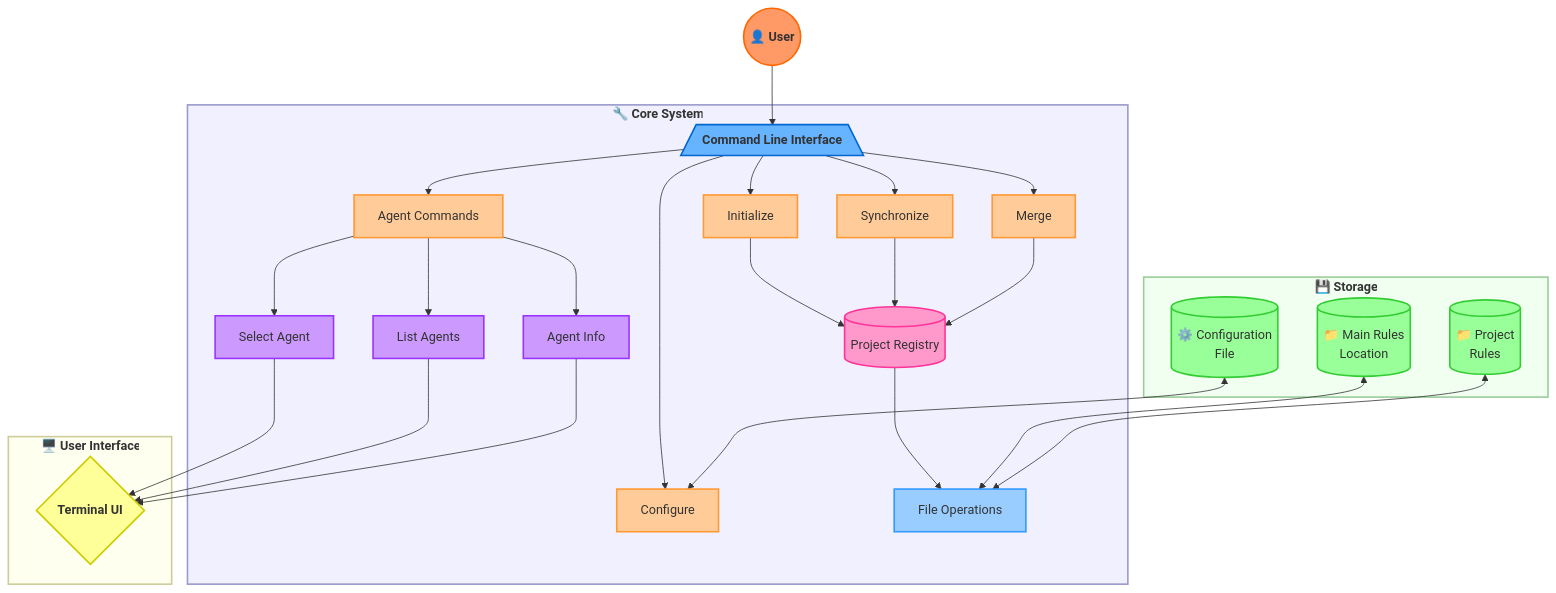
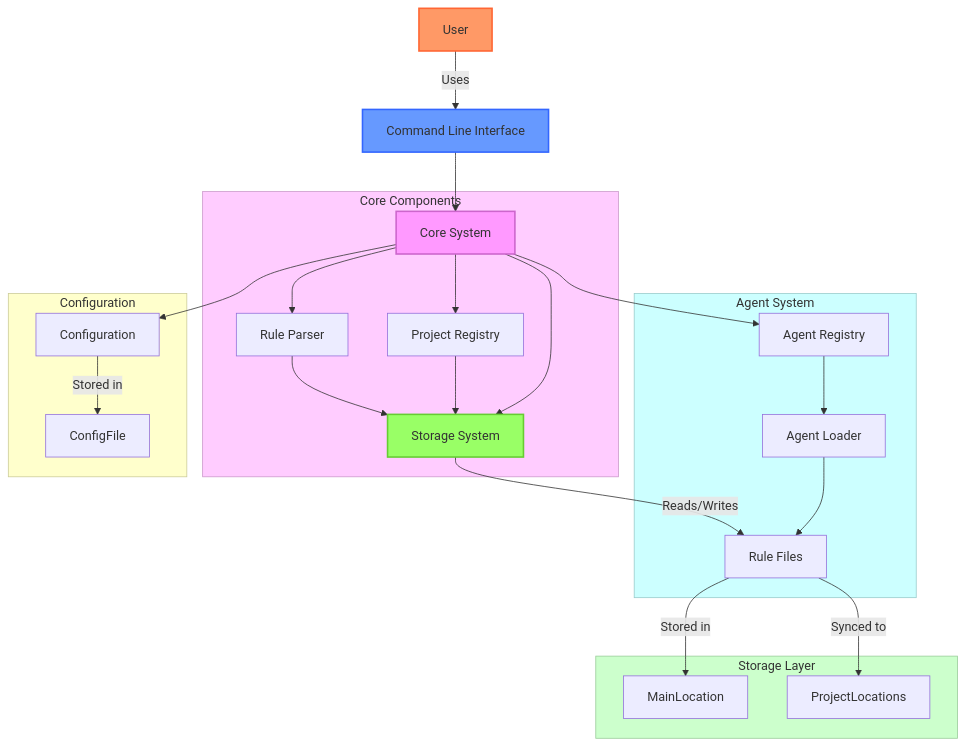
Before and after one commit to nsnarender5511/cpp-site: the first of 4 diagrams in crules-website/docs/developer-guide/architecture.md, drawn with Mermaid. The commit also changed other lines of this file and 37 other files, not shown here.

````diff
--- a/crules-website/docs/developer-guide/architecture.md
+++ b/crules-website/docs/developer-guide/architecture.md
@@ -28,49 +22,47 @@
 ```mermaid
 graph TD
-    User((👤 User)):::user --> CLI[/Command Line Interface\]:::cli
+    User[User] --> |Uses| CLI
+    CLI[Command Line Interface] --> Core
     
-    subgraph Core["🔧 Core System"]
-        CLI --> Init[Initialize]:::command
-        CLI --> Sync[Synchronize]:::command
-        CLI --> Merge[Merge]:::command
-        CLI --> Config[Configure]:::command
-        CLI --> AgentCmd[Agent Commands]:::command
-        
-        AgentCmd --> AgentList[List Agents]:::agentOp
-        AgentCmd --> AgentSelect[Select Agent]:::agentOp
-        AgentCmd --> AgentInfo[Agent Info]:::agentOp
-        
-        Init --> Registry[(Project Registry)]:::registry
-        Sync --> Registry
-        Merge --> Registry
-        
-        Registry --> FileOps[File Operations]:::fileOp
+    subgraph CoreComponents["Core Components"]
+        Core[Core System] --> Registry
+        Core --> Parser
+        Core --> Storage
+        Registry[Project Registry] --> Storage
+        Parser[Rule Parser] --> Storage
     end
     
-    subgraph Storage["💾 Storage"]
-        MainLoc[("📁 Main Rules\nLocation")]:::storage <--> FileOps
-        Projects[("📁 Project\nRules")]:::storage <--> FileOps
-        ConfigFile[("⚙️ Configuration\nFile")]:::storage <--> Config
+    subgraph AgentSystem["Agent System"]
+        Core --> AgentRegistry
+        AgentRegistry[Agent Registry] --> AgentLoader
+        AgentLoader[Agent Loader] --> Rules
     end
     
-    subgraph UI["🖥️ User Interface"]
-        AgentSelect --> TermUI{Terminal UI}:::ui
-        AgentList --> TermUI
-        AgentInfo --> TermUI
+    subgraph StorageLayer["Storage Layer"]
+        Storage[Storage System] --> |Reads/Writes| Rules
+        Rules[Rule Files] --> |Stored in| MainLocation
+        Rules --> |Synced to| ProjectLocations
     end
     
-    %% Enhanced style definitions
-    classDef user fill:#ff9966,stroke:#ff6600,stroke-width:2px,color:#333,font-weight:bold
-    classDef cli fill:#66b3ff,stroke:#0066cc,stroke-width:2px,color:#333,font-weight:bold
-    classDef command fill:#ffcc99,stroke:#ff9933,stroke-width:2px,color:#333
-    classDef agentOp fill:#cc99ff,stroke:#9933ff,stroke-width:2px,color:#333
-    classDef registry fill:#ff99cc,stroke:#ff3399,stroke-width:2px,color:#333
-    classDef fileOp fill:#99ccff,stroke:#3399ff,stroke-width:2px,color:#333
-    classDef storage fill:#99ff99,stroke:#33cc33,stroke-width:2px,color:#333
-    classDef ui fill:#ffff99,stroke:#cccc00,stroke-width:2px,color:#333,font-weight:bold
+    subgraph ConfigSection["Configuration"]
+        Core --> Config
+        Config[Configuration] --> |Stored in| ConfigFile
+    end
     
-    %% Style assignment for subgraphs
-    style Core fill:#f0f0ff,stroke:#9999cc,stroke-width:2px,color:#333,font-weight:bold
-    style Storage fill:#f0fff0,stroke:#99cc99,stroke-width:2px,color:#333,font-weight:bold
-    style UI fill:#fffff0,stroke:#cccc99,stroke-width:2px,color:#333,font-weight:bold
+    %% Node styles
+    style User fill:#f96,stroke:#f63,stroke-width:2px
+    style CLI fill:#69f,stroke:#36f,stroke-width:2px
+    style Core fill:#f9f,stroke:#c6c,stroke-width:2px
+    style Storage fill:#9f6,stroke:#6c3,stroke-width:2px
+    
+    %% Subgraph styles using classDef and class
+    classDef coreStyle fill:#fcf,stroke:#c9c,stroke-width:1px
+    classDef agentStyle fill:#cff,stroke:#9cc,stroke-width:1px
+    classDef storageStyle fill:#cfc,stroke:#9c9,stroke-width:1px
+    classDef configStyle fill:#ffc,stroke:#cc9,stroke-width:1px
+    
+    class CoreComponents coreStyle
+    class AgentSystem agentStyle
+    class StorageLayer storageStyle
+    class ConfigSection configStyle
 ```
````
